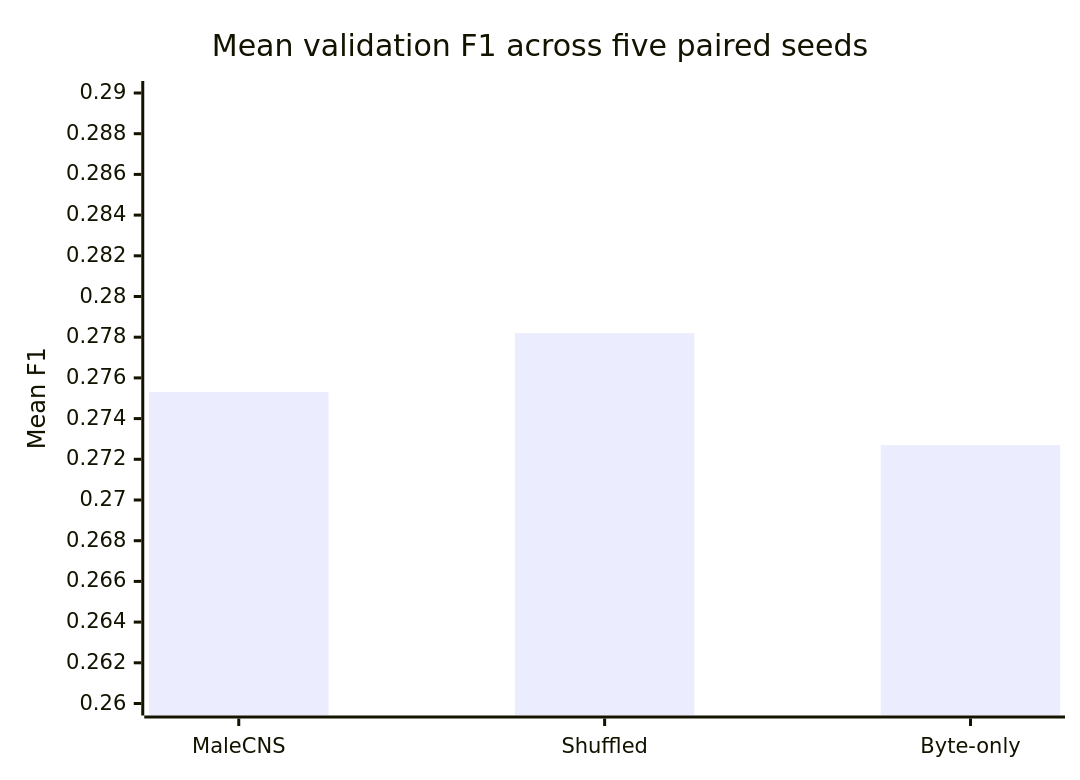
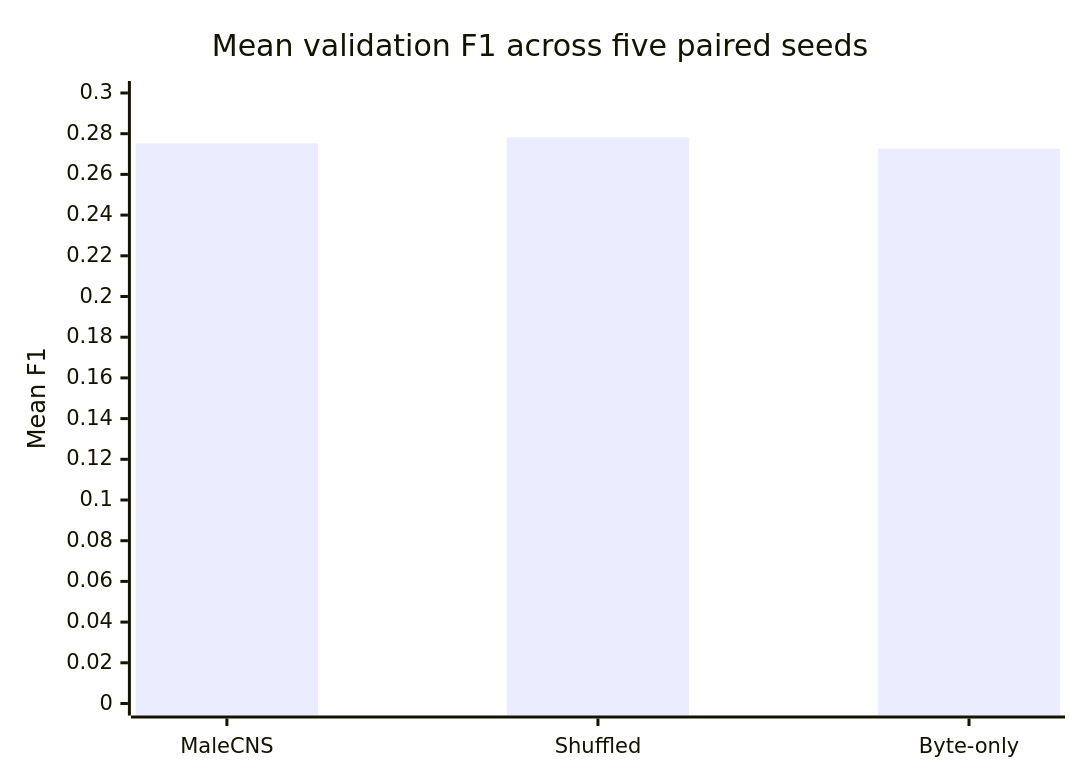
Before and after one commit to franklinbaldo/papers: the third of 3 diagrams in malecns_connectome_reservoir_tagging.md, drawn with Mermaid. The commit also changed other lines of this file, not shown here.

Commit message:
paper: use zero-based axis for F1 comparison

````diff
--- a/malecns_connectome_reservoir_tagging.md
+++ b/malecns_connectome_reservoir_tagging.md
@@ -209,7 +209,7 @@
 ```mermaid
 xychart-beta
     title "Mean validation F1 across five paired seeds"
     x-axis ["MaleCNS", "Shuffled", "Byte-only"]
-    y-axis "Mean F1" 0.26 --> 0.29
+    y-axis "Mean F1" 0 --> 0.30
     bar [0.2753, 0.2782, 0.2727]
 ```
````
